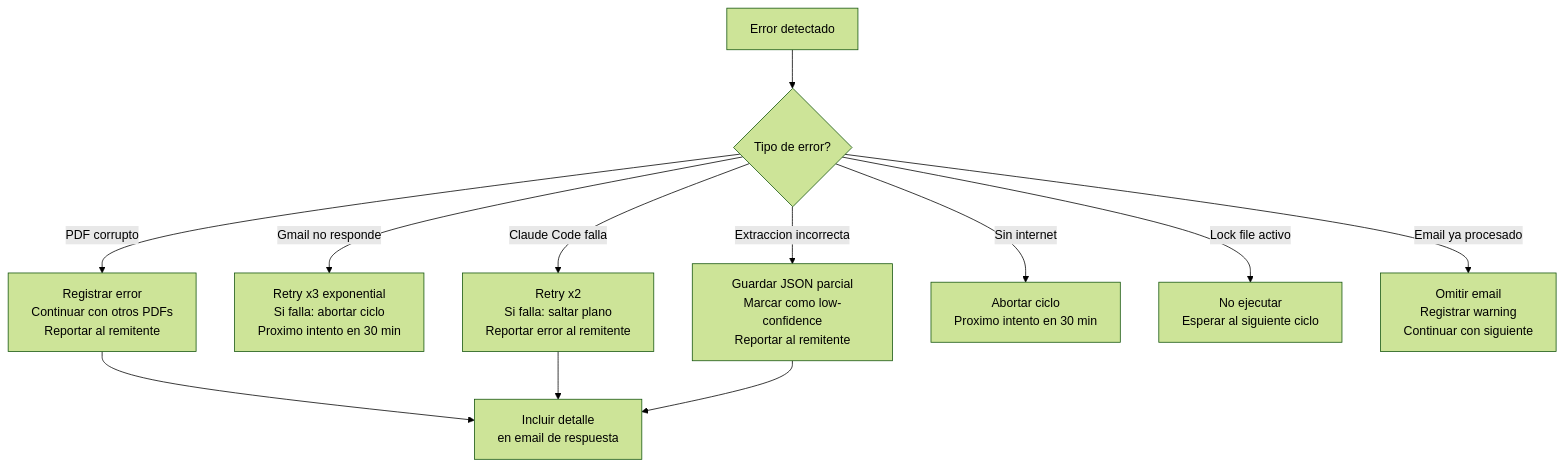
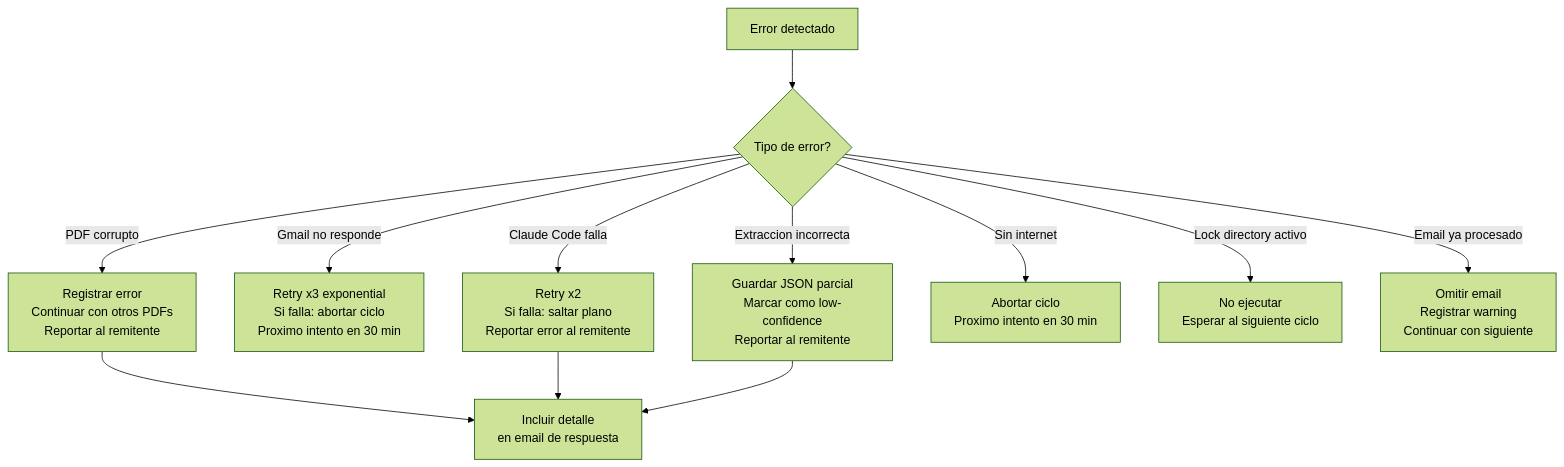
One commit to sescanella/PIPA changed the fifth of 5 diagrams in docs/v1-spec.md. Above: the diagram before and after it, drawn with Mermaid (forest theme). The commit also changed other lines of this file, not shown here.

````diff
--- a/docs/v1-spec.md
+++ b/docs/v1-spec.md
@@ -968,16 +1001,16 @@
 ```mermaid
 flowchart TD
     START[Error detectado] --> TIPO{Tipo de error?}
 
     TIPO -->|PDF corrupto| PDF[Registrar error<br/>Continuar con otros PDFs<br/>Reportar al remitente]
     TIPO -->|Gmail no responde| GMAIL[Retry x3 exponential<br/>Si falla: abortar ciclo<br/>Proximo intento en 30 min]
     TIPO -->|Claude Code falla| CLAUDE[Retry x2<br/>Si falla: saltar plano<br/>Reportar error al remitente]
     TIPO -->|Extraccion incorrecta| EXT[Guardar JSON parcial<br/>Marcar como low-confidence<br/>Reportar al remitente]
     TIPO -->|Sin internet| NET[Abortar ciclo<br/>Proximo intento en 30 min]
-    TIPO -->|Lock file activo| LOCK[No ejecutar<br/>Esperar al siguiente ciclo]
+    TIPO -->|Lock directory activo| LOCK[No ejecutar<br/>Esperar al siguiente ciclo]
     TIPO -->|Email ya procesado| DUP[Omitir email<br/>Registrar warning<br/>Continuar con siguiente]
 
     PDF --> RESP[Incluir detalle<br/>en email de respuesta]
     CLAUDE --> RESP
     EXT --> RESP
 ```
````
